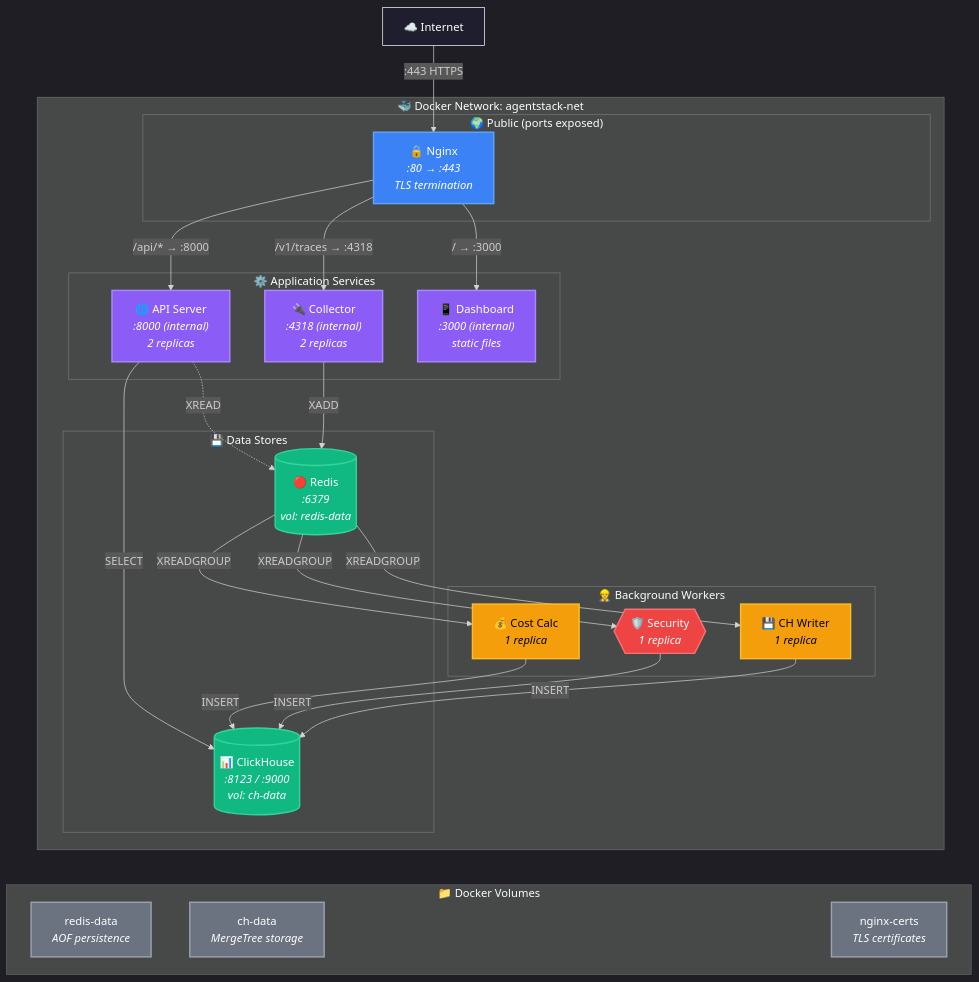
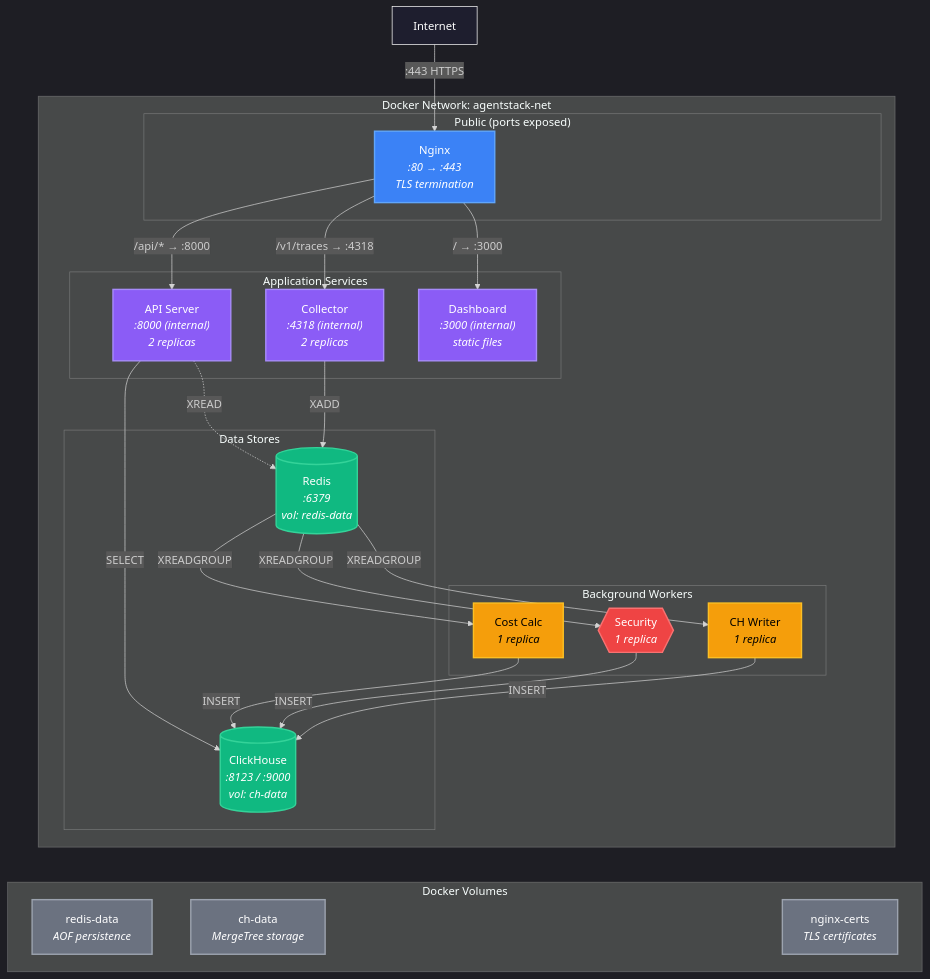
One commit to Ramakrishna1967/AgentState changed the sixth of 7 diagrams in README.md. Above: the diagram before and after it, drawn with Mermaid. The commit also changed other lines of this file, not shown here.

````diff
--- a/README.md
+++ b/README.md
@@ -350,68 +350,68 @@
 ```mermaid
 %%{init: {'theme':'dark'}}%%
 graph TD
-    subgraph DockerNetwork["🐳 Docker Network: agentstack-net"]
+    subgraph DockerNetwork[" Docker Network: agentstack-net"]
 
-        subgraph PublicFacing["🌍 Public (ports exposed)"]
-            NGINX["🔒 Nginx<br/><i>:80 → :443</i><br/><i>TLS termination</i>"]
+        subgraph PublicFacing[" Public (ports exposed)"]
+            NGINX[" Nginx<br/><i>:80 → :443</i><br/><i>TLS termination</i>"]
         end
 
-        subgraph Services["⚙️ Application Services"]
-            COL["🔌 Collector<br/><i>:4318 (internal)</i><br/><i>2 replicas</i>"]
-            API["🌐 API Server<br/><i>:8000 (internal)</i><br/><i>2 replicas</i>"]
-            DASH["📱 Dashboard<br/><i>:3000 (internal)</i><br/><i>static files</i>"]
+        subgraph Services[" Application Services"]
+            COL[" Collector<br/><i>:4318 (internal)</i><br/><i>2 replicas</i>"]
+            API[" API Server<br/><i>:8000 (internal)</i><br/><i>2 replicas</i>"]
+            DASH[" Dashboard<br/><i>:3000 (internal)</i><br/><i>static files</i>"]
         end
 
-        subgraph Workers["👷 Background Workers"]
-            W1["💾 CH Writer<br/><i>1 replica</i>"]
-            W2{{"🛡️ Security<br/><i>1 replica</i>"}}
-            W3["💰 Cost Calc<br/><i>1 replica</i>"]
+        subgraph Workers[" Background Workers"]
+            W1[" CH Writer<br/><i>1 replica</i>"]
+            W2{{" Security<br/><i>1 replica</i>"}}
+            W3[" Cost Calc<br/><i>1 replica</i>"]
         end
 
-        subgraph DataStores["💾 Data Stores"]
-            RED[("🔴 Redis<br/><i>:6379</i><br/><i>vol: redis-data</i>")]
-            CH[("📊 ClickHouse<br/><i>:8123 / :9000</i><br/><i>vol: ch-data</i>")]
+        subgraph DataStores[" Data Stores"]
+            RED[(" Redis<br/><i>:6379</i><br/><i>vol: redis-data</i>")]
+            CH[(" ClickHouse<br/><i>:8123 / :9000</i><br/><i>vol: ch-data</i>")]
         end
     end
 
-    subgraph Volumes["📁 Docker Volumes"]
+    subgraph Volumes[" Docker Volumes"]
         V1["redis-data<br/><i>AOF persistence</i>"]
         V2["ch-data<br/><i>MergeTree storage</i>"]
         V3["nginx-certs<br/><i>TLS certificates</i>"]
     end
 
-    Internet["☁️ Internet"] -->|":443 HTTPS"| NGINX
+    Internet[" Internet"] -->|":443 HTTPS"| NGINX
     NGINX -->|"/api/* → :8000"| API
     NGINX -->|"/ → :3000"| DASH
     NGINX -->|"/v1/traces → :4318"| COL
 
     COL -->|"XADD"| RED
     RED -->|"XREADGROUP"| W1
     RED -->|"XREADGROUP"| W2
     RED -->|"XREADGROUP"| W3
     W1 -->|"INSERT"| CH
     W2 -->|"INSERT"| CH
     W3 -->|"INSERT"| CH
     API -->|"SELECT"| CH
     API -.->|"XREAD"| RED
 
     RED ~~~ V1
     CH ~~~ V2
     NGINX ~~~ V3
 
     classDef public fill:#3b82f6,stroke:#60a5fa,color:#fff,stroke-width:2px
     classDef service fill:#8b5cf6,stroke:#a78bfa,color:#fff,stroke-width:2px
     classDef worker fill:#f59e0b,stroke:#fbbf24,color:#000,stroke-width:2px
     classDef security fill:#ef4444,stroke:#f87171,color:#fff,stroke-width:2px
     classDef store fill:#10b981,stroke:#34d399,color:#fff,stroke-width:2px
     classDef volume fill:#6b7280,stroke:#9ca3af,color:#fff,stroke-width:2px
     classDef external fill:#1e1e2e,stroke:#fff,color:#fff,stroke-width:1px
 
     class NGINX public
     class COL,API,DASH service
     class W1,W3 worker
     class W2 security
     class RED,CH store
     class V1,V2,V3 volume
     class Internet external
 ```
````
